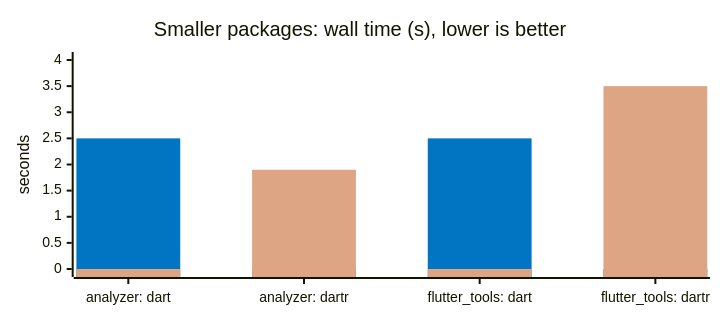
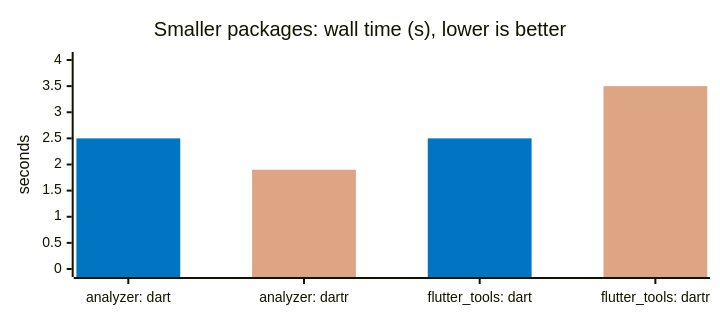
One commit to orestesgaolin/dartr changed the second of 2 diagrams in README.md. Above: the diagram before and after it, drawn with Mermaid. The commit also changed other lines of this file, not shown here.

Commit message:
docs(readme): no placeholder strips under benchmark bars

````diff
--- a/README.md
+++ b/README.md
@@ -154,16 +155,17 @@
 ```mermaid
 ---
 config:
   xyChart:
     height: 300
   themeVariables:
     xyChart:
       plotColorPalette: "#0175C2, #DEA584"
 ---
 xychart-beta
+    %% -100 = no bar: one series per tool gives each tool its own color
     title "Smaller packages: wall time (s), lower is better"
     x-axis ["analyzer: dart", "analyzer: dartr", "flutter_tools: dart", "flutter_tools: dartr"]
     y-axis "seconds" 0 --> 4
-    bar [2.5, 0, 2.5, 0]
-    bar [0, 1.9, 0, 3.5]
+    bar [2.5, -100, 2.5, -100]
+    bar [-100, 1.9, -100, 3.5]
 ```
````
